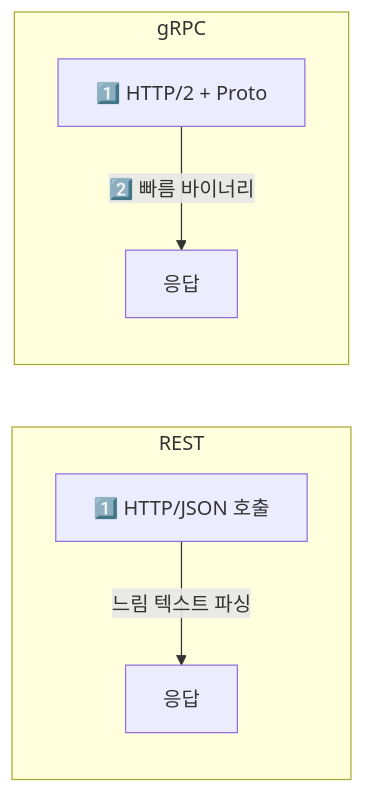
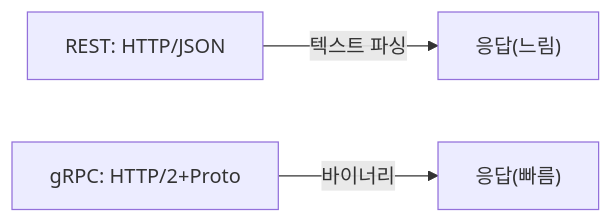
The seventh of 15 diagrams in _posts/architecture/2026-05-02-msa-deep.md (yjkim2015/yjkim2015.github.io), drawn with Mermaid before and after one commit. The commit also changed other lines of this file and 155 other files, not shown here.

First line of the commit message:
Mermaid 전면 수정: subgraph 제거, participant/노드/줄수 축소 (342블록)

````diff
--- a/_posts/architecture/2026-05-02-msa-deep.md
+++ b/_posts/architecture/2026-05-02-msa-deep.md
@@ -168,11 +168,5 @@
 ```mermaid
 graph LR
-    subgraph "REST"
-        R_Call["1️⃣ HTTP/JSON 호출"]
-        R_Call -->|"느림 텍스트 파싱"| R_Response["응답"]
-    end
-    subgraph "gRPC"
-        G_Call["1️⃣ HTTP/2 + Proto"]
-        G_Call -->|"2️⃣ 빠름 바이너리"| G_Response["응답"]
-    end
+    R_Call["REST: HTTP/JSON"] -->|"텍스트 파싱"| R_Response["응답(느림)"]
+    G_Call["gRPC: HTTP/2+Proto"] -->|"바이너리"| G_Response["응답(빠름)"]
 ```
````
